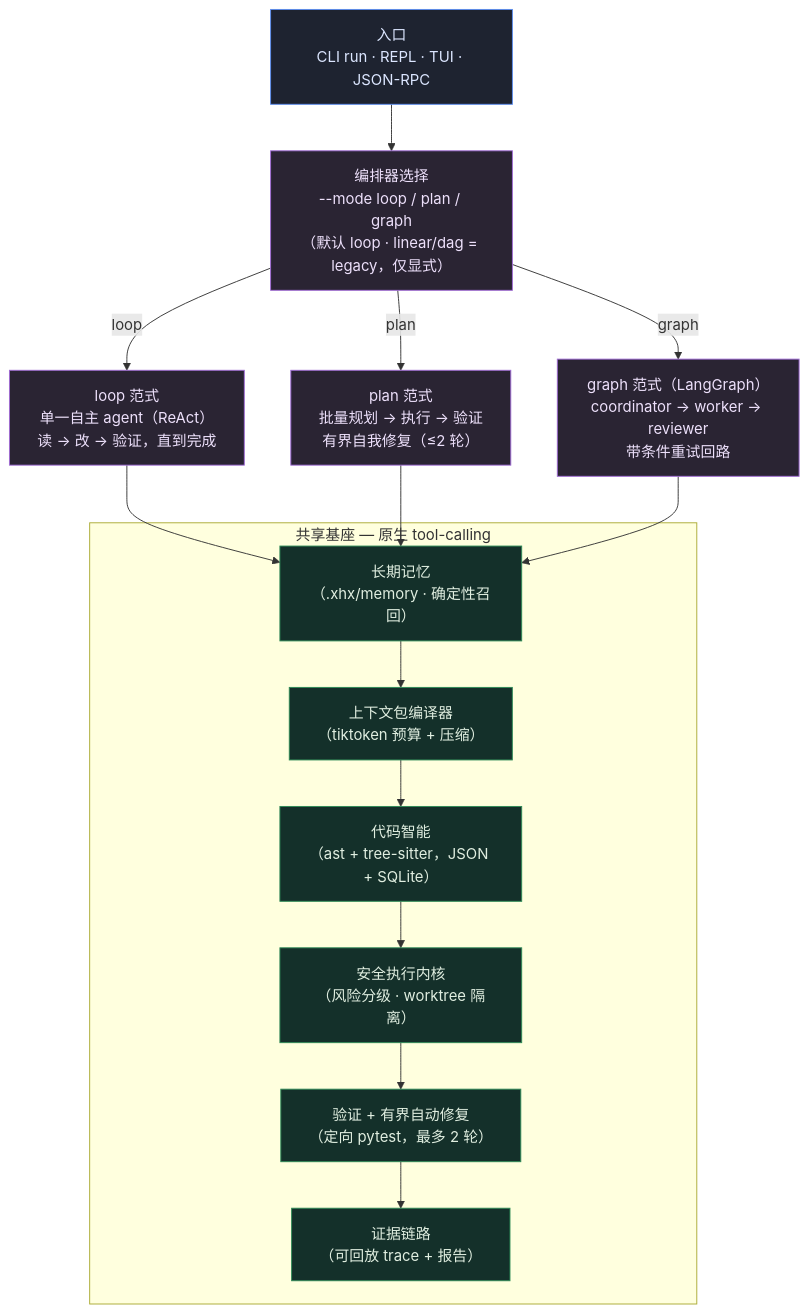
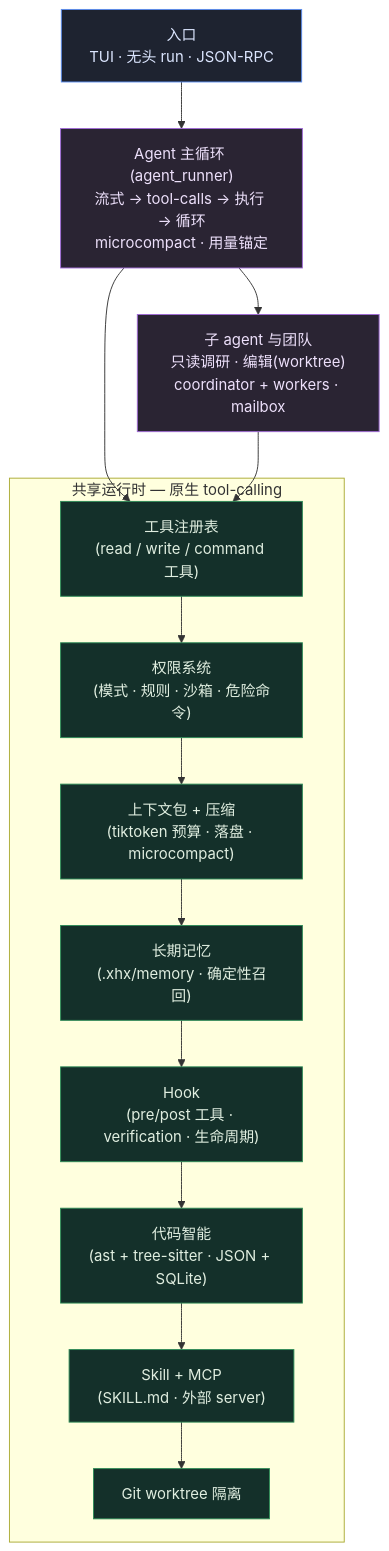
The diagram in README.zh-CN.md (kongshuilinhua/XHX-Agent), drawn with Mermaid before and after one commit. The commit also changed other lines of this file and 2 other files, not shown here.

Commit message:
docs: README 深度修订对齐重构后架构（单一 agent 主循环 + 13 层运行时；移除已废弃的 tri-paradigm/--mode/benchmark 叙事）+ 删 graph 残留

````diff
--- a/README.zh-CN.md
+++ b/README.zh-CN.md
@@ -37,30 +36,26 @@
 ```mermaid
 graph TD
     classDef entry fill:#1e2330,stroke:#5b8def,stroke-width:1px,color:#dce6ff;
-    classDef orch fill:#2a2433,stroke:#a06bd6,stroke-width:1px,color:#ede0fb;
+    classDef core fill:#2a2433,stroke:#a06bd6,stroke-width:1px,color:#ede0fb;
     classDef base fill:#14302a,stroke:#2e8b57,stroke-width:1px,color:#e0eee0;
 
-    E["入口<br/>CLI run · REPL · TUI · JSON-RPC"]:::entry
-    S["编排器选择<br/>--mode loop / plan / graph<br/>（默认 loop · linear/dag = legacy，仅显式）"]:::orch
-    L["loop 范式<br/>单一自主 agent（ReAct）<br/>读 → 改 → 验证，直到完成"]:::orch
-    P["plan 范式<br/>批量规划 → 执行 → 验证<br/>有界自我修复（≤2 轮）"]:::orch
-    G["graph 范式（LangGraph）<br/>coordinator → worker → reviewer<br/>带条件重试回路"]:::orch
+    E["入口<br/>TUI · 无头 run · JSON-RPC"]:::entry
+    A["Agent 主循环 (agent_runner)<br/>流式 → tool-calls → 执行 → 循环<br/>microcompact · 用量锚定"]:::core
+    SUB["子 agent 与团队<br/>只读调研 · 编辑(worktree)<br/>coordinator + workers · mailbox"]:::core
 
-    subgraph base_box["共享基座 — 原生 tool-calling"]
-        M["长期记忆<br/>（.xhx/memory · 确定性召回）"]:::base
-        B["上下文包编译器<br/>（tiktoken 预算 + 压缩）"]:::base
-        R["代码智能<br/>（ast + tree-sitter，JSON + SQLite）"]:::base
-        K["安全执行内核<br/>（风险分级 · worktree 隔离）"]:::base
-        V["验证 + 有界自动修复<br/>（定向 pytest，最多 2 轮）"]:::base
-        EV["证据链路<br/>（可回放 trace + 报告）"]:::base
-        M --> B --> R --> K --> V --> EV
+    subgraph base_box["共享运行时 — 原生 tool-calling"]
+        T["工具注册表<br/>(read / write / command 工具)"]:::base
+        P["权限系统<br/>(模式 · 规则 · 沙箱 · 危险命令)"]:::base
+        C["上下文包 + 压缩<br/>(tiktoken 预算 · 落盘 · microcompact)"]:::base
+        M["长期记忆<br/>(.xhx/memory · 确定性召回)"]:::base
+        H["Hook<br/>(pre/post 工具 · verification · 生命周期)"]:::base
+        R["代码智能<br/>(ast + tree-sitter · JSON + SQLite)"]:::base
+        SK["Skill + MCP<br/>(SKILL.md · 外部 server)"]:::base
+        W["Git worktree 隔离"]:::base
     end
 
-    E --> S
-    S -->|loop| L
-    S -->|plan| P
-    S -->|graph| G
-    L --> M
-    P --> M
-    G --> M
+    E --> A
+    A --> SUB
+    A --> T --> P --> C --> M --> H --> R --> SK --> W
+    SUB --> T
 ```
````
